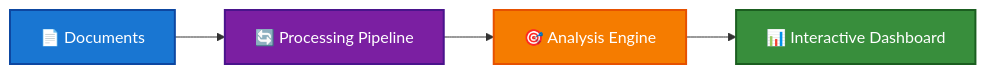
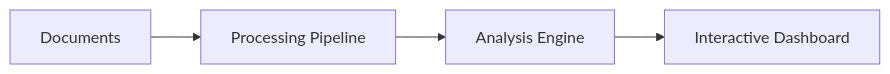
The first of 9 diagrams in README.md (Pooja-Vishnoi/GenAI_Hackathon), drawn with Mermaid before and after one commit. The commit also changed other lines of this file, not shown here.

Commit message:
GitHub-Compatible Mermaid Fixes

````diff
--- a/README.md
+++ b/README.md
@@ -51,11 +51,6 @@
 ```mermaid
 graph LR
-    A[📄 Documents] --> B[🔄 Processing Pipeline]
-    B --> C[🎯 Analysis Engine]
-    C --> D[📊 Interactive Dashboard]
-    
-    style A fill:#1976d2,color:#ffffff,stroke:#0d47a1,stroke-width:2px
-    style B fill:#7b1fa2,color:#ffffff,stroke:#4a148c,stroke-width:2px
-    style C fill:#f57c00,color:#ffffff,stroke:#e65100,stroke-width:2px
-    style D fill:#388e3c,color:#ffffff,stroke:#1b5e20,stroke-width:2px
+    A[Documents] --> B[Processing Pipeline]
+    B --> C[Analysis Engine]
+    C --> D[Interactive Dashboard]
 ```
````
